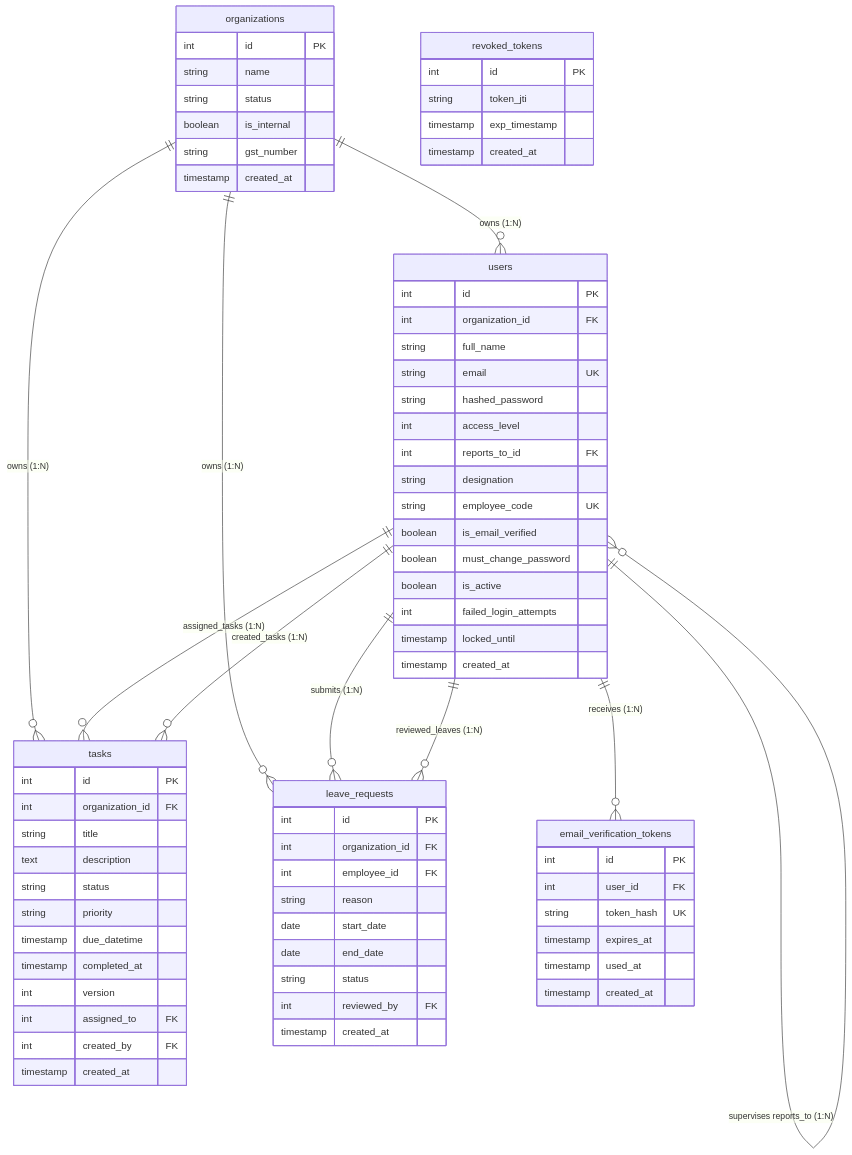
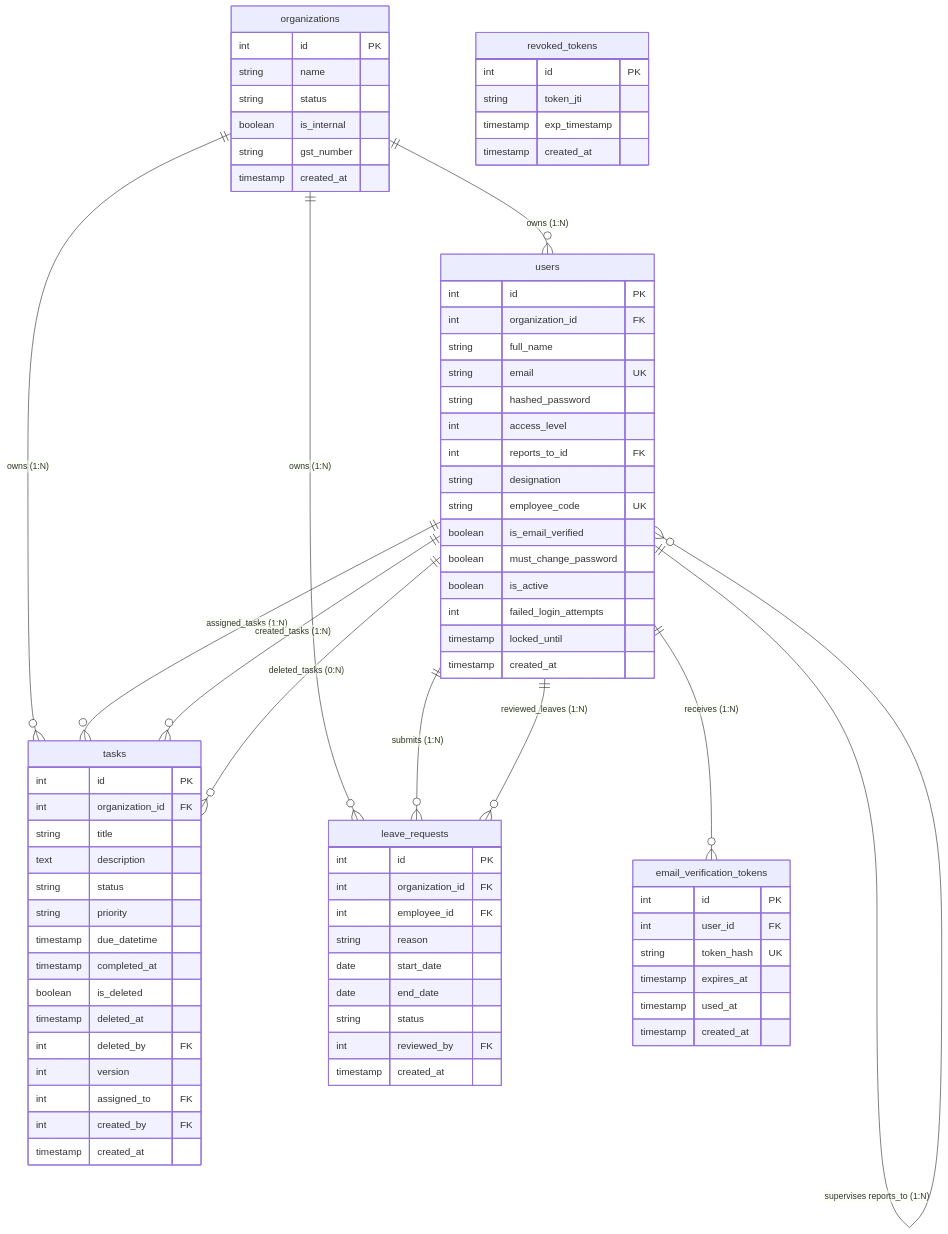
Before and after one commit to ankushChauhan28/Teamloom: the diagram in docs/database.md, drawn with Mermaid. The commit also changed other lines of this file and 10 other files, not shown here.

```diff
--- a/docs/database.md
+++ b/docs/database.md
@@ -261,6 +265,7 @@
     users ||--o{ email_verification_tokens : "receives (1:N)"
     users ||--o{ tasks : "assigned_tasks (1:N)"
     users ||--o{ tasks : "created_tasks (1:N)"
+    users ||--o{ tasks : "deleted_tasks (0:N)"
     users ||--o{ leave_requests : "submits (1:N)"
     users ||--o{ leave_requests : "reviewed_leaves (1:N)"
 
@@ -300,6 +305,9 @@
         string priority
         timestamp due_datetime
         timestamp completed_at
+        boolean is_deleted
+        timestamp deleted_at
+        int deleted_by FK
         int version
         int assigned_to FK
         int created_by FK
```
